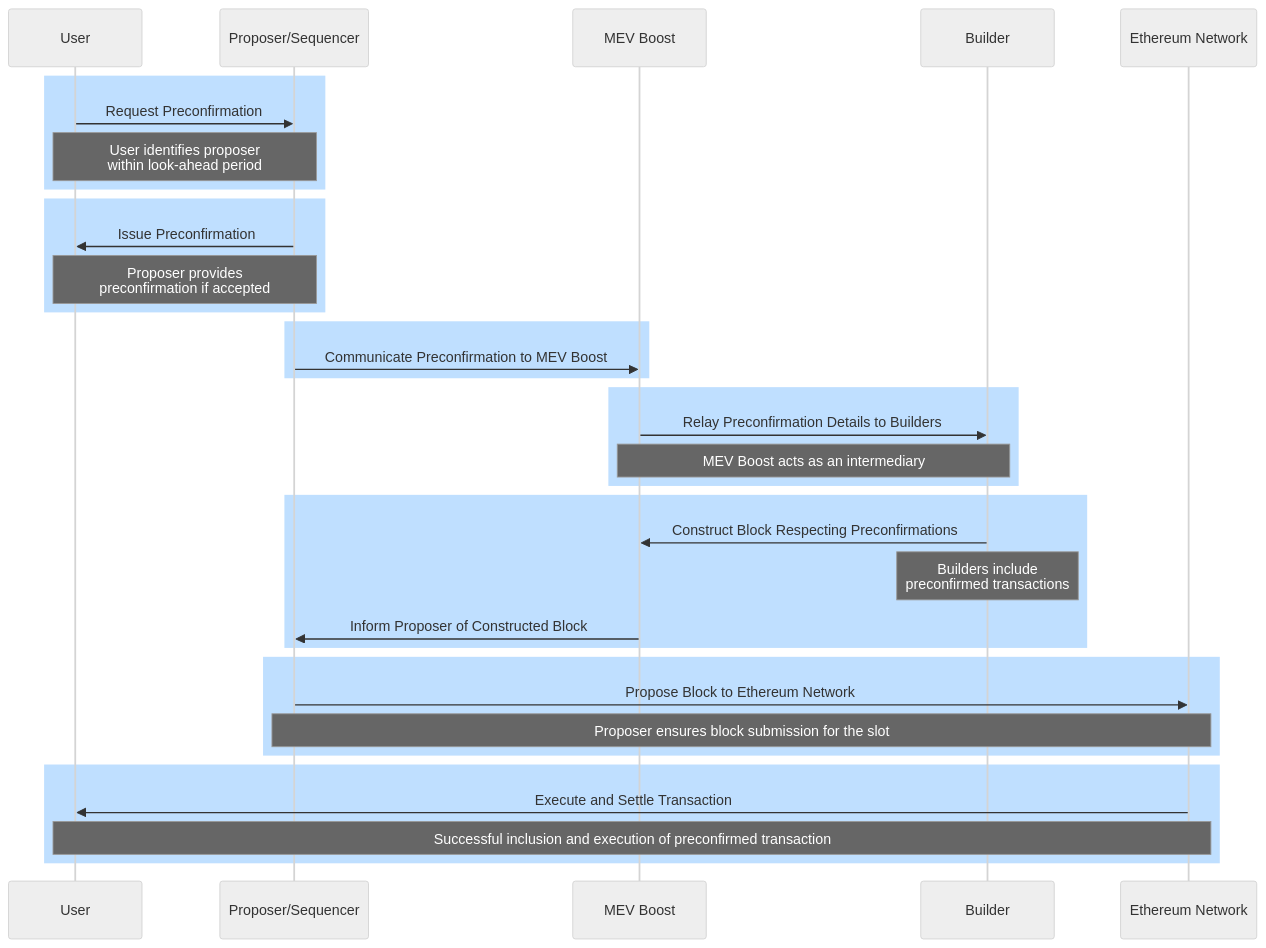
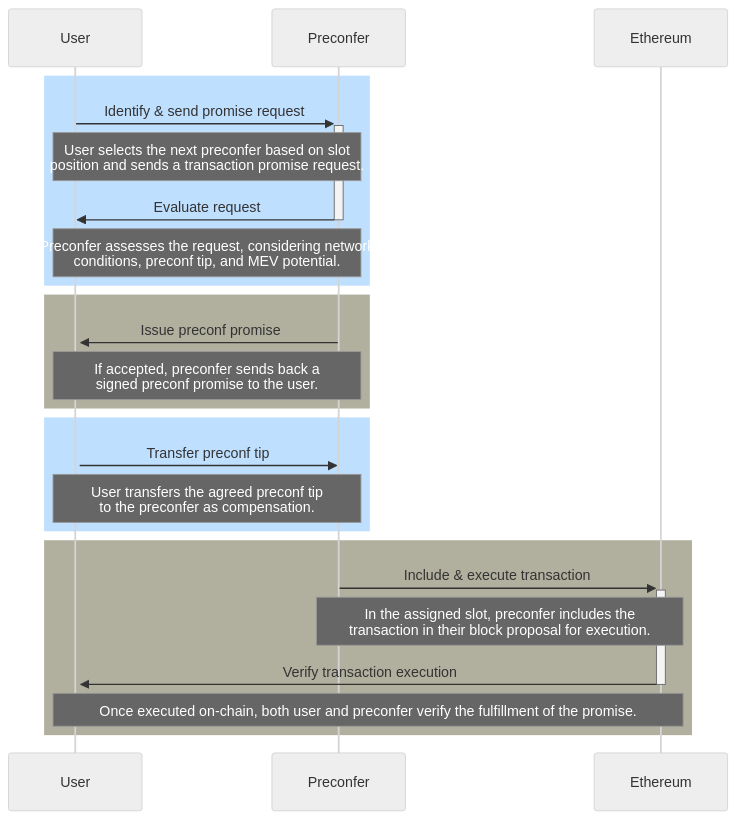
Before and after one commit to thogiti/thogiti.github.io: the diagram in _posts/2024-04-07-Based-Preconfirmations.md, drawn with Mermaid (neutral theme). The commit also changed other lines of this file and 4 other files, not shown here.

````diff
--- a/_posts/2024-04-07-Based-Preconfirmations.md
+++ b/_posts/2024-04-07-Based-Preconfirmations.md
@@ -115,37 +72,29 @@
 ```mermaid
 sequenceDiagram
-    participant U as User
-    participant P as Proposer/Sequencer
-    participant M as MEV Boost
-    participant B as Builder
-    participant E as Ethereum Network
+    participant User as User
+    participant Preconfer as Preconfer
+    participant Blockchain as Ethereum
 
     rect rgb(191, 223, 255)
-    U->>P: Request Preconfirmation
-    Note over U,P: User identifies proposer <br> within look-ahead period
-    end    
-    rect rgb(191, 223, 255)
-    P->>U: Issue Preconfirmation
-    Note over P,U: Proposer provides <br>preconfirmation if accepted
+    User->>+Preconfer: Identify & send promise request
+    Note over User,Preconfer: User selects the next preconfer based on slot <br>position and sends a transaction promise request.
+    
+    Preconfer->>-User: Evaluate request
+    Note over User,Preconfer: Preconfer assesses the request, considering network <br>conditions, preconf tip, and MEV potential.
+    end
+    rect rgb(177,176,159)
+    Preconfer->>+User: Issue preconf promise
+    Note over User,Preconfer: If accepted, preconfer sends back a <br>signed preconf promise to the user.
     end
     rect rgb(191, 223, 255)
-    P->>M: Communicate Preconfirmation to MEV Boost
+    User->>Preconfer: Transfer preconf tip
+    Note over User,Preconfer: User transfers the agreed preconf tip <br>to the preconfer as compensation.
     end
-    rect rgb(191, 223, 255)
-    M->>B: Relay Preconfirmation Details to Builders
-    Note over M,B: MEV Boost acts as an intermediary
-    end
-    rect rgb(191, 223, 255)
-    B->>M: Construct Block Respecting Preconfirmations
-    Note over B: Builders include <br>preconfirmed transactions
-    M->>P: Inform Proposer of Constructed Block
-    end
-    rect rgb(191, 223, 255)
-    P->>E: Propose Block to Ethereum Network
-    Note over P,E: Proposer ensures block submission for the slot
-    end
-    rect rgb(191, 223, 255)
-    E->>U: Execute and Settle Transaction
-    Note over E,U: Successful inclusion and execution of preconfirmed transaction
+    rect rgb(177,176,159)
+    Preconfer->>+Blockchain: Include & execute transaction
+    Note over Preconfer,Blockchain: In the assigned slot, preconfer includes the <br>transaction in their block proposal for execution.
+    
+    Blockchain->>-User: Verify transaction execution
+    Note over User,Blockchain: Once executed on-chain, both user and preconfer verify the fulfillment of the promise.
     end
 ```
````
